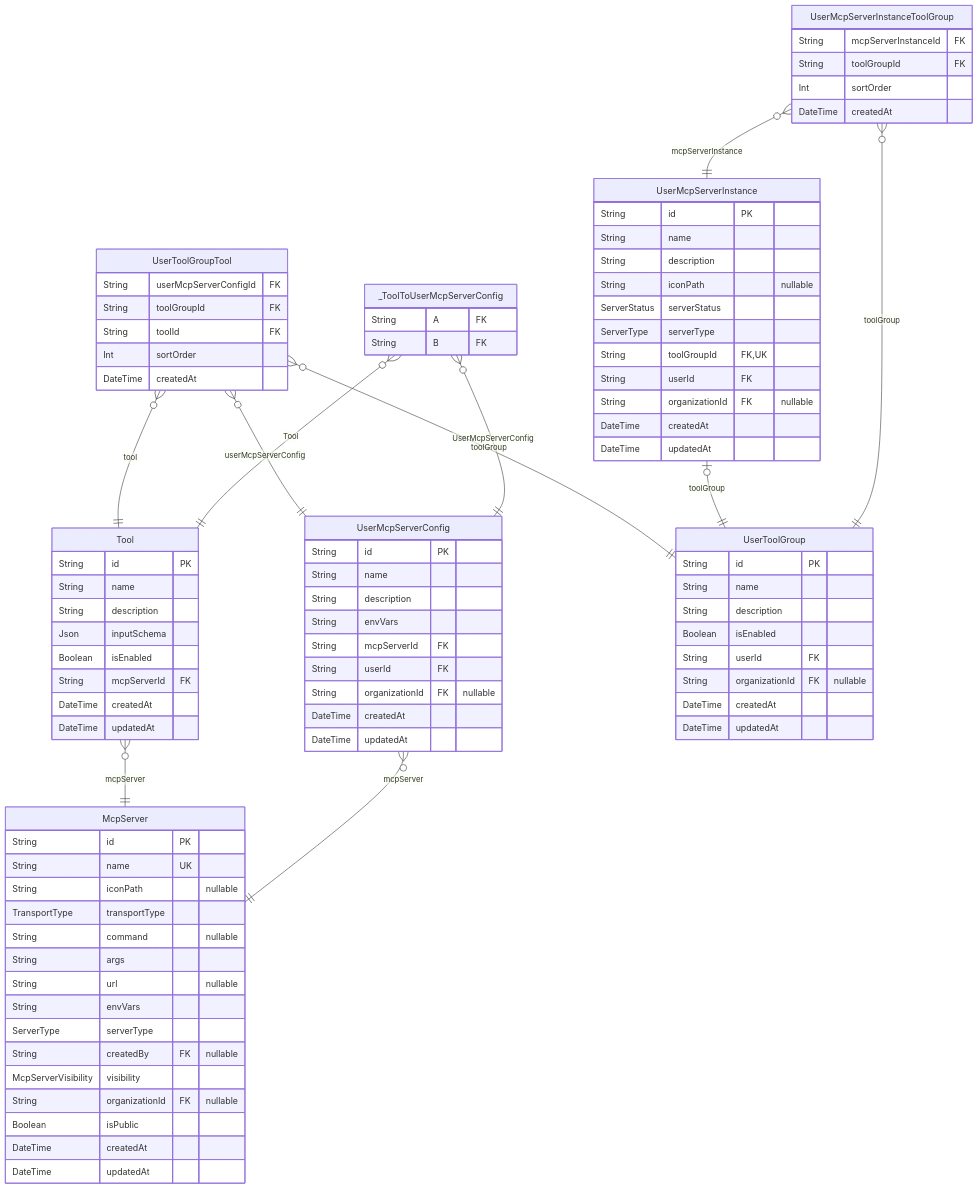
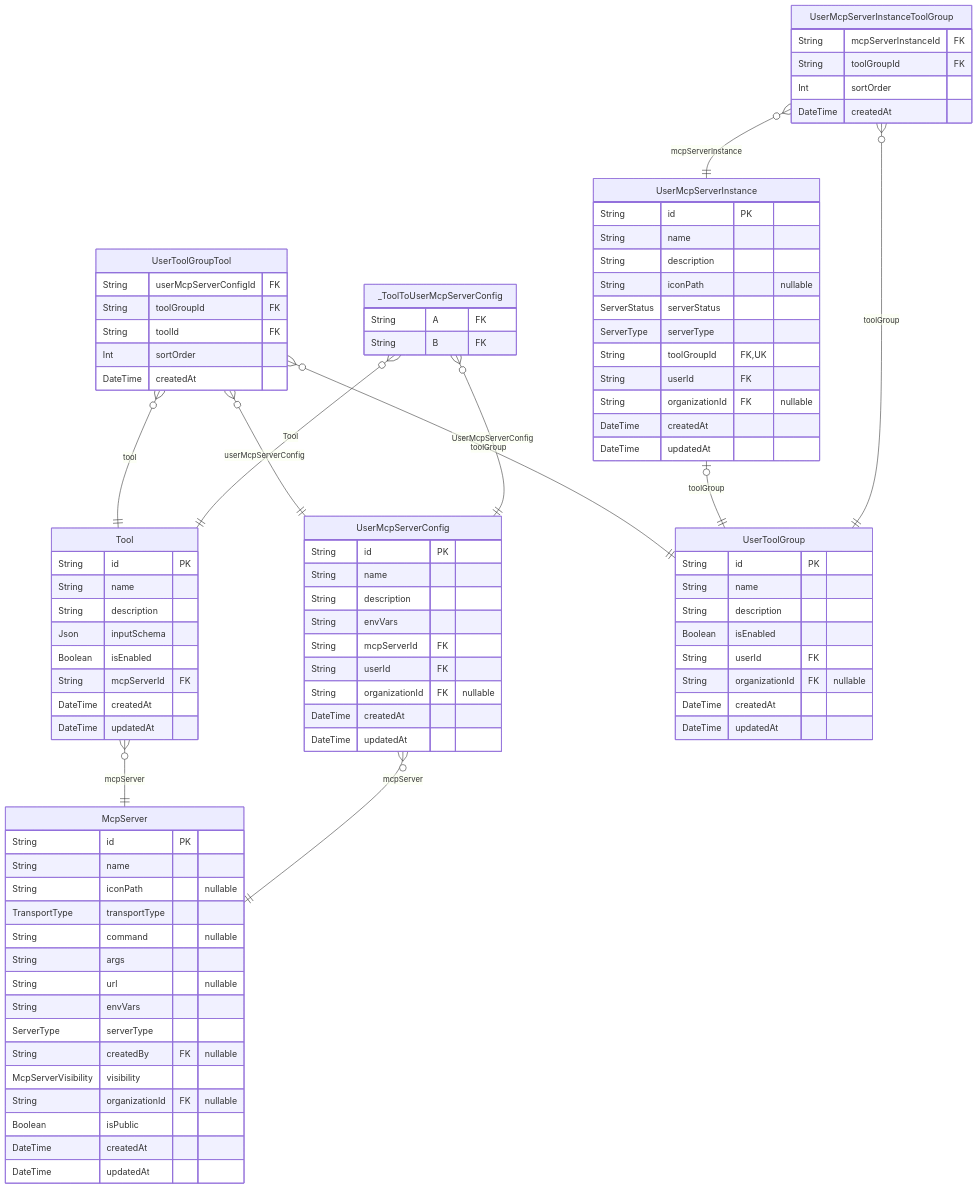
The third of 7 diagrams in packages/db/prisma/README.md (rayven122/tumiki), drawn with Mermaid before and after one commit. The commit also changed 11 other files, not shown here.

```diff
--- a/packages/db/prisma/README.md
+++ b/packages/db/prisma/README.md
@@ -82,7 +82,7 @@
 erDiagram
 "McpServer" {
   String id PK
-  String name UK
+  String name
   String iconPath "nullable"
   TransportType transportType
   String command "nullable"
```
